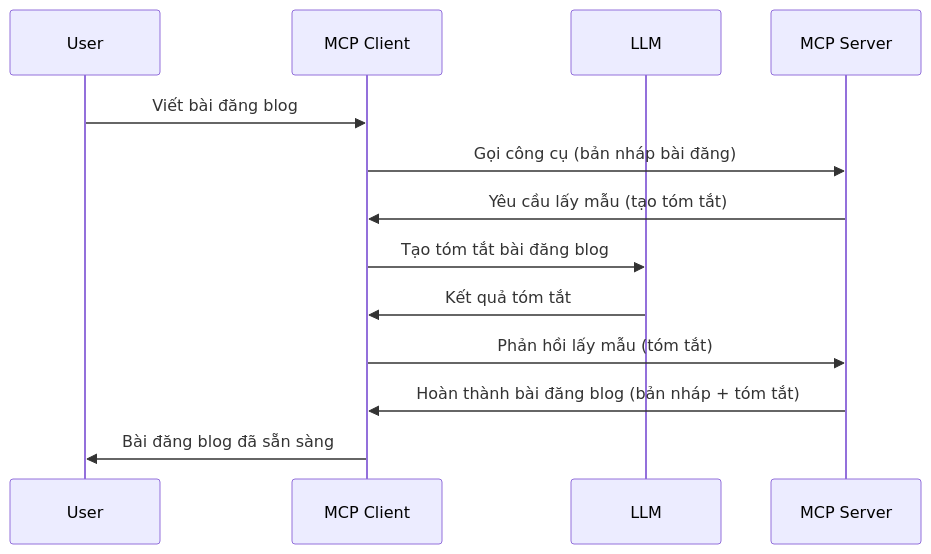
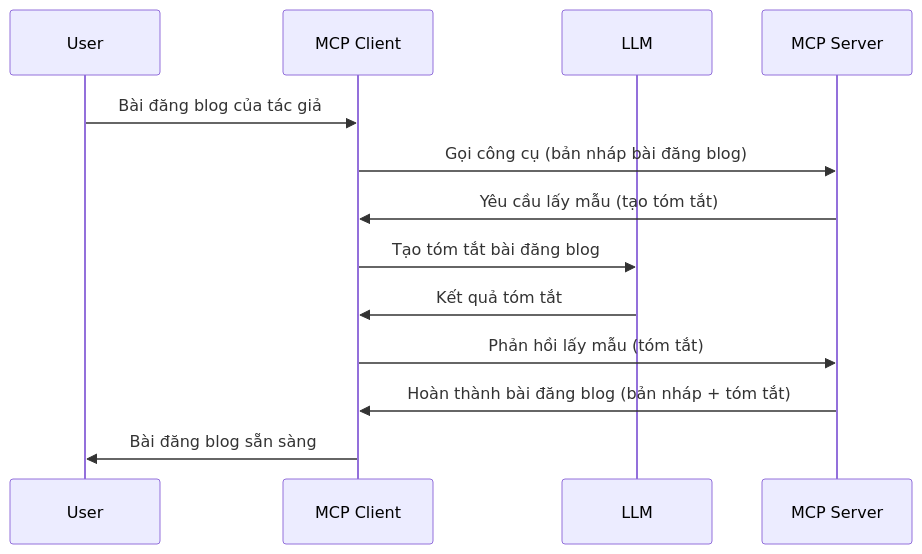
Before and after one commit to HIDORAKAI002/ai-workspace-archive: the diagram in mcp_ecosystem__model_context_protocol/mcp_learning_resources/mcp-for-beginners/translations/vi/03-GettingStarted/14-sampling/README.md, drawn with Mermaid. The commit also changed other lines of this file and 5721 other files, not shown here.

Commit message:
chore(sync): update MCP Python SDK, MCP TypeScript SDK, Supabase MCP, Kubernetes MCP Server, Git MCP, MCP Agent, Awesome ChatGPT Prompts, Langfuse, +62 more

````diff
--- a/mcp_ecosystem__model_context_protocol/mcp_learning_resources/mcp-for-beginners/translations/vi/03-GettingStarted/14-sampling/README.md
+++ b/mcp_ecosystem__model_context_protocol/mcp_learning_resources/mcp-for-beginners/translations/vi/03-GettingStarted/14-sampling/README.md
@@ -25,16 +27,16 @@
 ```mermaid
 sequenceDiagram
     participant User
     participant MCP Client
     participant LLM
     participant MCP Server
 
-    User->>MCP Client: Viết bài đăng blog
-    MCP Client->>MCP Server: Gọi công cụ (bản nháp bài đăng)
+    User->>MCP Client: Bài đăng blog của tác giả
+    MCP Client->>MCP Server: Gọi công cụ (bản nháp bài đăng blog)
     MCP Server->>MCP Client: Yêu cầu lấy mẫu (tạo tóm tắt)
     MCP Client->>LLM: Tạo tóm tắt bài đăng blog
     LLM->>MCP Client: Kết quả tóm tắt
     MCP Client->>MCP Server: Phản hồi lấy mẫu (tóm tắt)
     MCP Server->>MCP Client: Hoàn thành bài đăng blog (bản nháp + tóm tắt)
-    MCP Client->>User: Bài đăng blog đã sẵn sàng
+    MCP Client->>User: Bài đăng blog sẵn sàng
 ```
````
